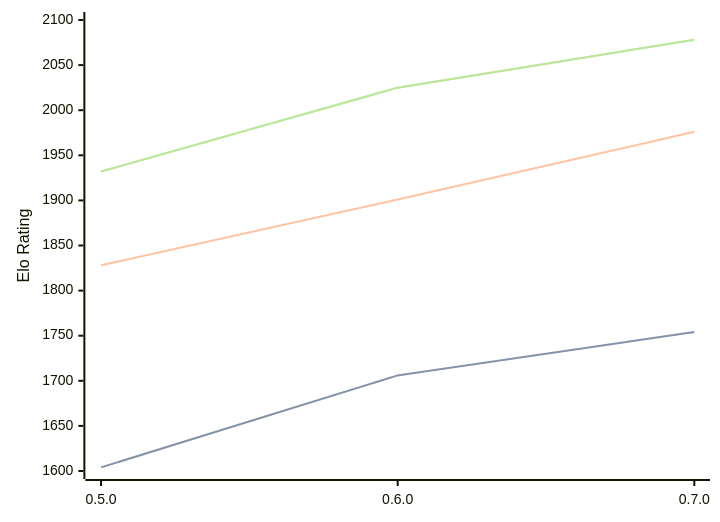
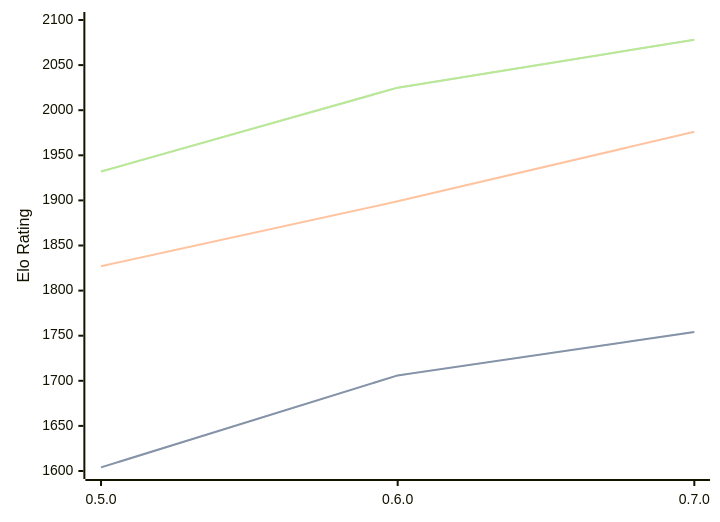
Before and after one commit to computer-chess-index/cci: the diagram in engines/Chess-rs.md, drawn with Mermaid. The commit also changed other lines of this file, not shown here.

````diff
--- a/engines/Chess-rs.md
+++ b/engines/Chess-rs.md
@@ -39,11 +39,11 @@
 ```mermaid
 %%{init: {"theme":"base","themeVariables":{"seriesColors:['#a3a3a3','#222221','#faa371']}}}%%
 xychart-beta
   x-axis ["0.5.0", "0.6.0", "0.7.0"]
   y-axis "Elo Rating" 1600 --> 2100
   line "STC (8.0+0.08s)" [1604, 1706, 1754]
   line "STC (8.0+0.08s)" [1604, 1706, 1754]
-  line "LTC (60.0+0.60s)" [1828, 1901, 1976]
+  line "LTC (60.0+0.60s)" [1827, 1899, 1976]
   line "VLTC (2m24s+1.12s)" [1932, 2025, 2078]
   line "VLTC (2m24s+1.12s)" [1932, 2025, 2078]
 ```
````
